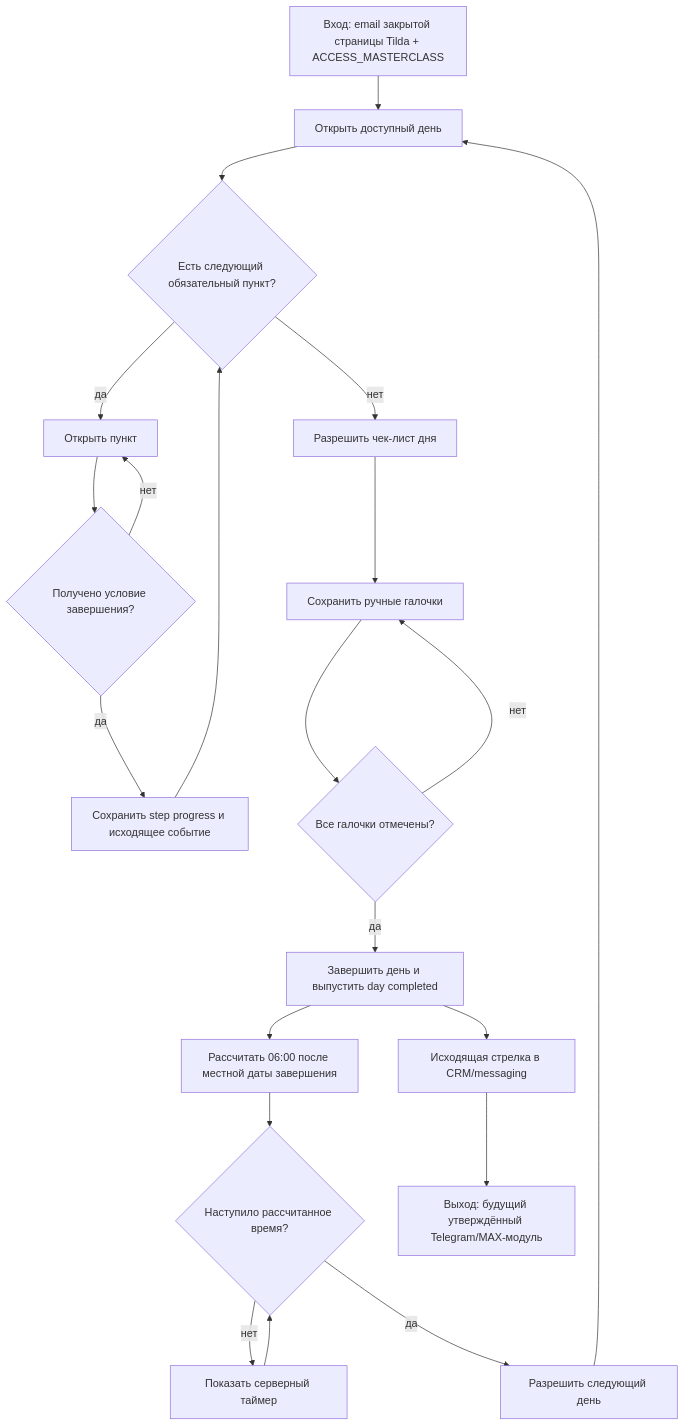
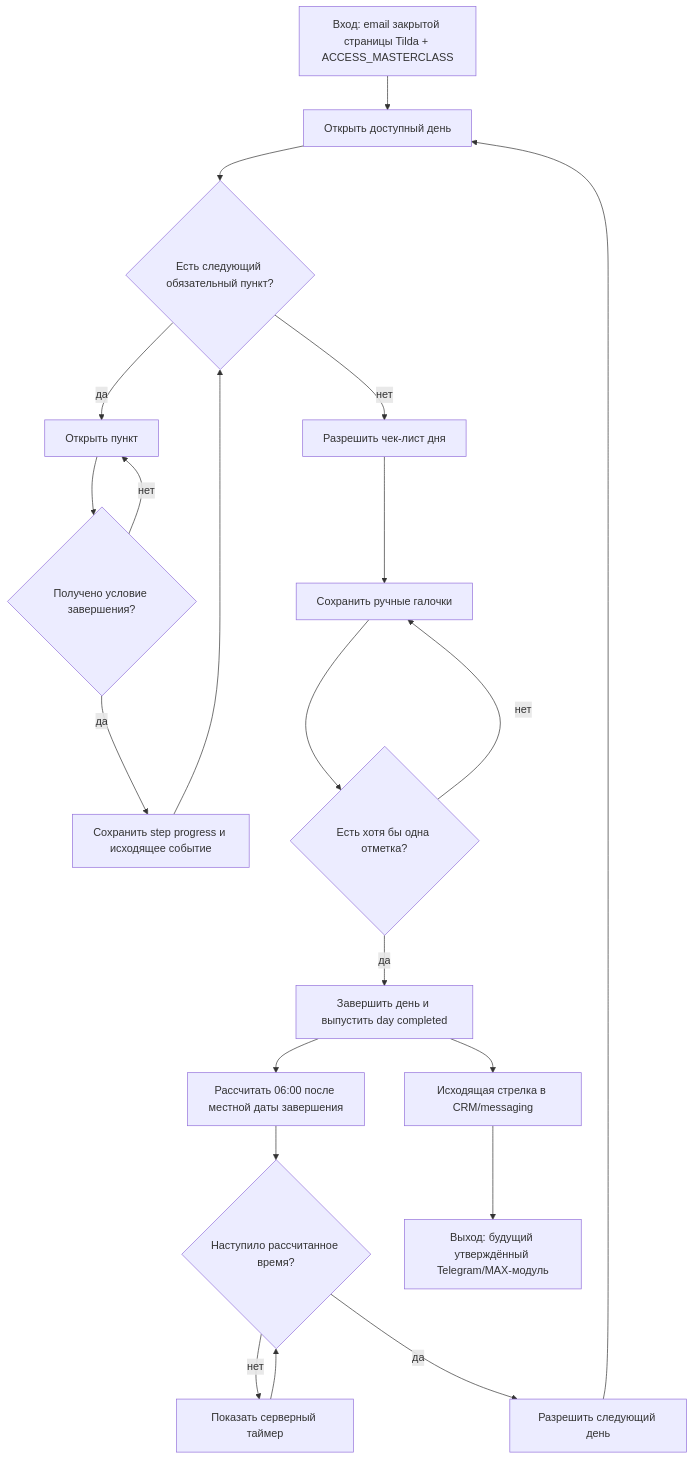
One commit to armagedongt/edabalans.ru changed the diagram in docs/knowledge-base/modules/masterclass/COURSE_RUNTIME.md. Above: the diagram before and after it, drawn with Mermaid. The commit also changed other lines of this file and 25 other files, not shown here.

````diff
--- a/docs/knowledge-base/modules/masterclass/COURSE_RUNTIME.md
+++ b/docs/knowledge-base/modules/masterclass/COURSE_RUNTIME.md
@@ -214,23 +219,23 @@
 ```mermaid
 flowchart TD
     A[Вход: email закрытой страницы Tilda + ACCESS_MASTERCLASS] --> B[Открыть доступный день]
     B --> C{Есть следующий обязательный пункт?}
     C -- да --> D[Открыть пункт]
     D --> E{Получено условие завершения?}
     E -- нет --> D
     E -- да --> F[Сохранить step progress и исходящее событие]
     F --> C
     C -- нет --> G[Разрешить чек-лист дня]
     G --> H[Сохранить ручные галочки]
-    H --> I{Все галочки отмечены?}
+    H --> I{Есть хотя бы одна отметка?}
     I -- нет --> H
     I -- да --> J[Завершить день и выпустить day completed]
     J --> K[Рассчитать 06:00 после местной даты завершения]
     K --> L{Наступило рассчитанное время?}
     L -- нет --> P[Показать серверный таймер]
     P --> L
     L -- да --> M[Разрешить следующий день]
     M --> B
     J --> N[Исходящая стрелка в CRM/messaging]
     N --> O[Выход: будущий утверждённый Telegram/MAX-модуль]
 ```
````
